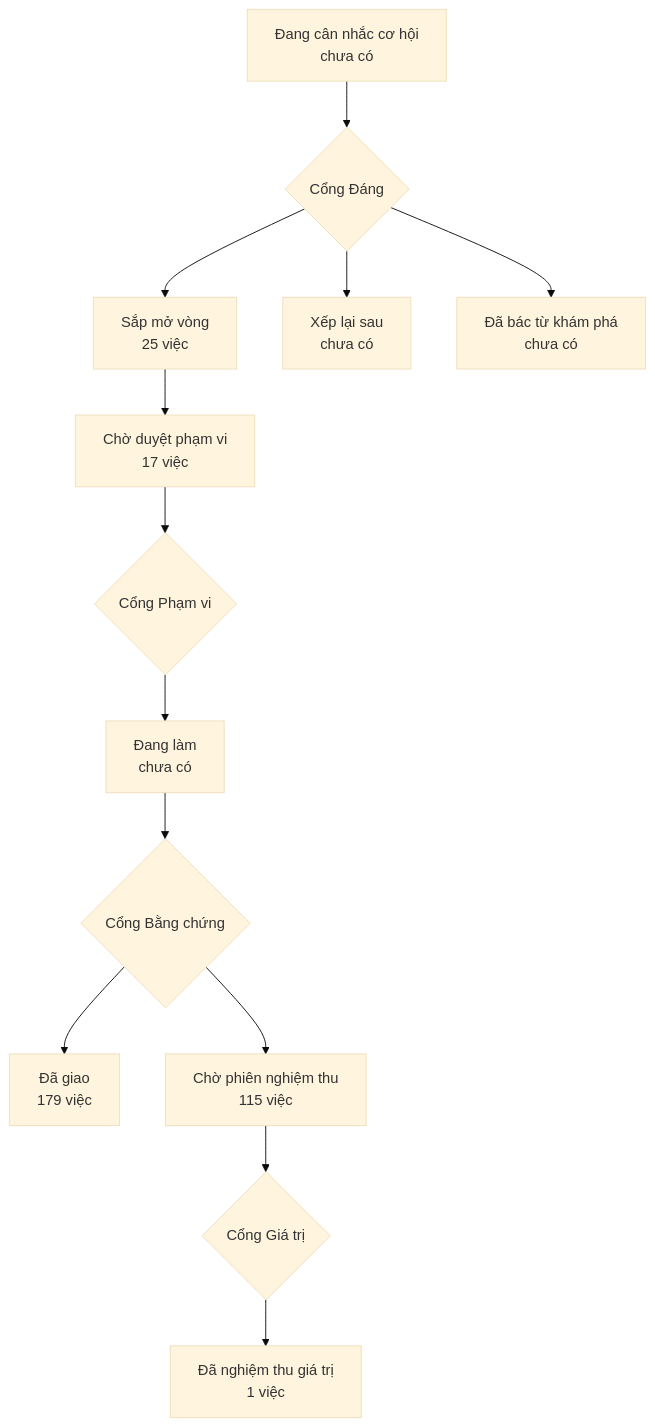
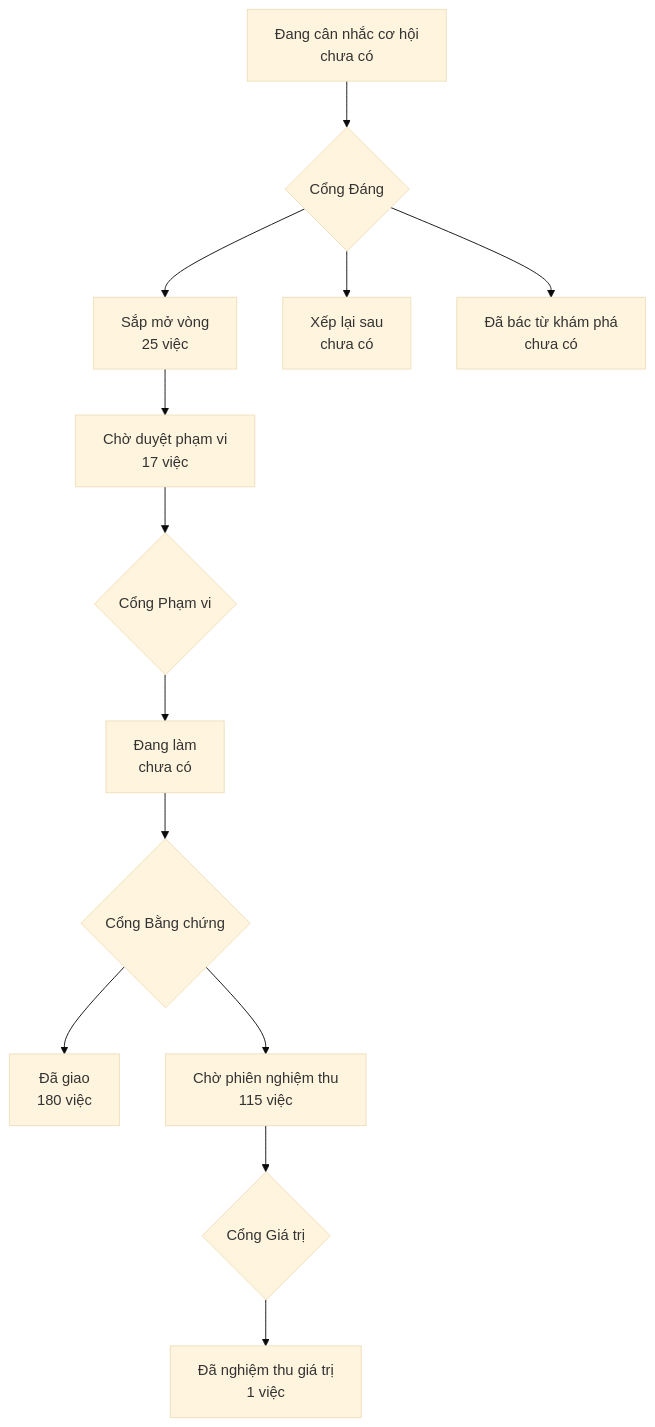
The diagram in PRODUCT-MAP.md (phanlemanh/onehub-invest), drawn with Mermaid (base theme) before and after one commit. The commit also changed other lines of this file and 16 other files, not shown here.

````diff
--- a/PRODUCT-MAP.md
+++ b/PRODUCT-MAP.md
@@ -7,12 +7,12 @@
 ```mermaid
 flowchart TD
   A["Đang cân nhắc cơ hội<br/>chưa có"] --> GD{"Cổng Đáng"}
   GD --> B["Sắp mở vòng<br/>25 việc"]
   GD --> XL["Xếp lại sau<br/>chưa có"]
   GD --> DB["Đã bác từ khám phá<br/>chưa có"]
   B --> CD["Chờ duyệt phạm vi<br/>17 việc"] --> GP{"Cổng Phạm vi"}
   GP --> DL["Đang làm<br/>chưa có"] --> GB{"Cổng Bằng chứng"}
-  GB --> DG["Đã giao<br/>179 việc"]
+  GB --> DG["Đã giao<br/>180 việc"]
   GB --> CN["Chờ phiên nghiệm thu<br/>115 việc"] --> GG{"Cổng Giá trị"}
   GG --> NT["Đã nghiệm thu giá trị<br/>1 việc"]
 ```
````
